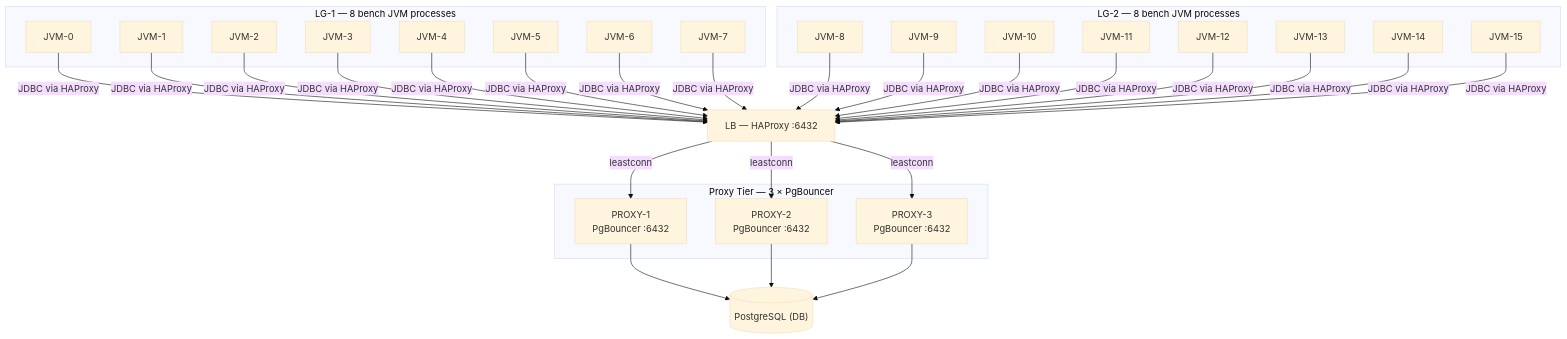
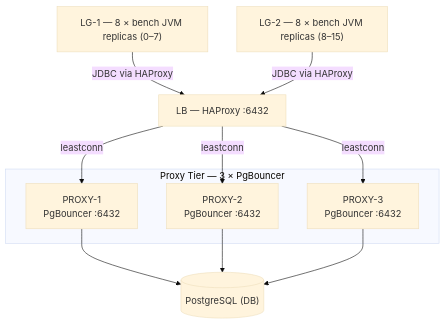
The first of 3 diagrams in docs/BENCHMARKING_GUIDE.md (rrobetti/stressar), drawn with Mermaid (base theme) before and after one commit. The commit also changed other lines of this file, not shown here.

First line of the commit message:
docs: revert to simplified topology diagrams — consolidated LG-1/LG-2 boxes

````diff
--- a/docs/BENCHMARKING_GUIDE.md
+++ b/docs/BENCHMARKING_GUIDE.md
@@ -79,39 +79,23 @@
 ```mermaid
 graph TD
-    subgraph LG1 ["LG-1 — 8 bench JVM processes"]
-        L0["JVM-0"]
-        L1["JVM-1"]
-        L2["JVM-2"]
-        L3["JVM-3"]
-        L4["JVM-4"]
-        L5["JVM-5"]
-        L6["JVM-6"]
-        L7["JVM-7"]
-    end
-
-    subgraph LG2 ["LG-2 — 8 bench JVM processes"]
-        A0["JVM-8"]
-        A1["JVM-9"]
-        A2["JVM-10"]
-        A3["JVM-11"]
-        A4["JVM-12"]
-        A5["JVM-13"]
-        A6["JVM-14"]
-        A7["JVM-15"]
-    end
-
+    LG1["LG-1 — 8 × bench JVM replicas (0–7)"]
+    LG2["LG-2 — 8 × bench JVM replicas (8–15)"]
     LB["LB — HAProxy :6432"]
 
     subgraph PROXY_TIER ["Proxy Tier — 3 × PgBouncer"]
         P1["PROXY-1\nPgBouncer :6432"]
         P2["PROXY-2\nPgBouncer :6432"]
         P3["PROXY-3\nPgBouncer :6432"]
     end
 
     DB[("PostgreSQL (DB)")]
 
-    L0 & L1 & L2 & L3 & L4 & L5 & L6 & L7 -- "JDBC via HAProxy" --> LB
-    A0 & A1 & A2 & A3 & A4 & A5 & A6 & A7 -- "JDBC via HAProxy" --> LB
-    LB -- "leastconn" --> P1 & P2 & P3
-    P1 & P2 & P3 --> DB
+    LG1 -- "JDBC via HAProxy" --> LB
+    LG2 -- "JDBC via HAProxy" --> LB
+    LB -- "leastconn" --> P1
+    LB -- "leastconn" --> P2
+    LB -- "leastconn" --> P3
+    P1 --> DB
+    P2 --> DB
+    P3 --> DB
 ```
````
